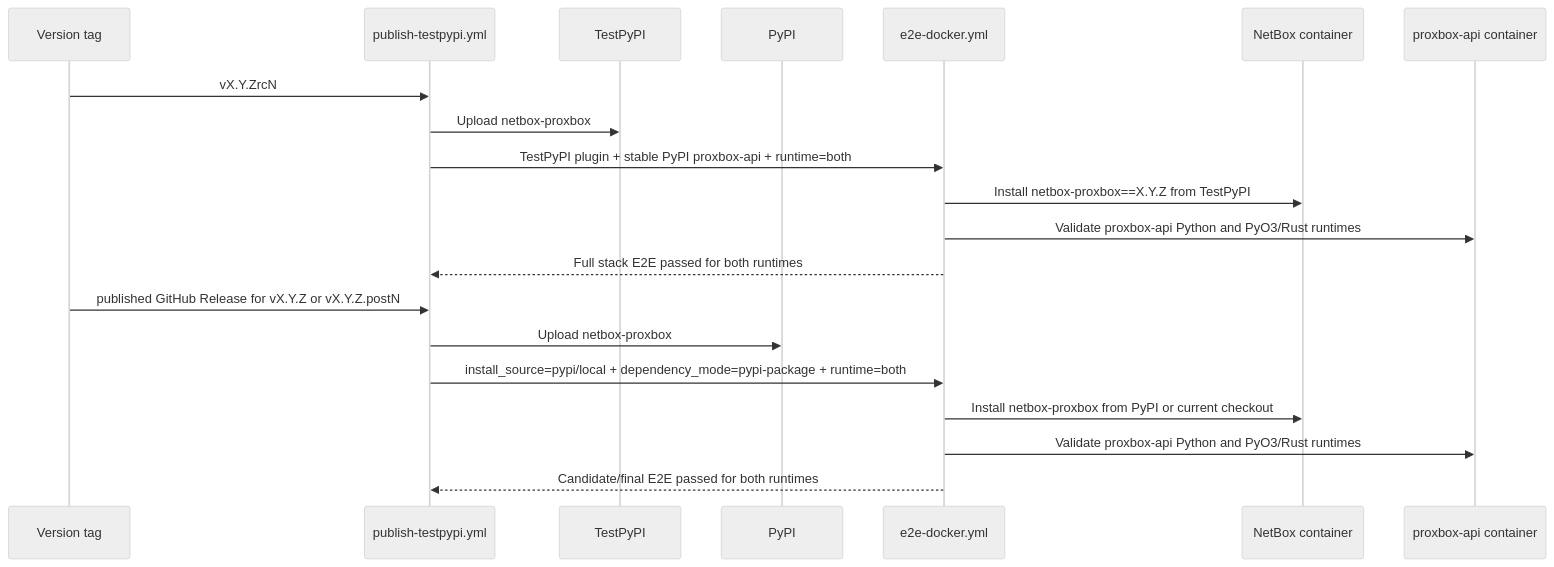
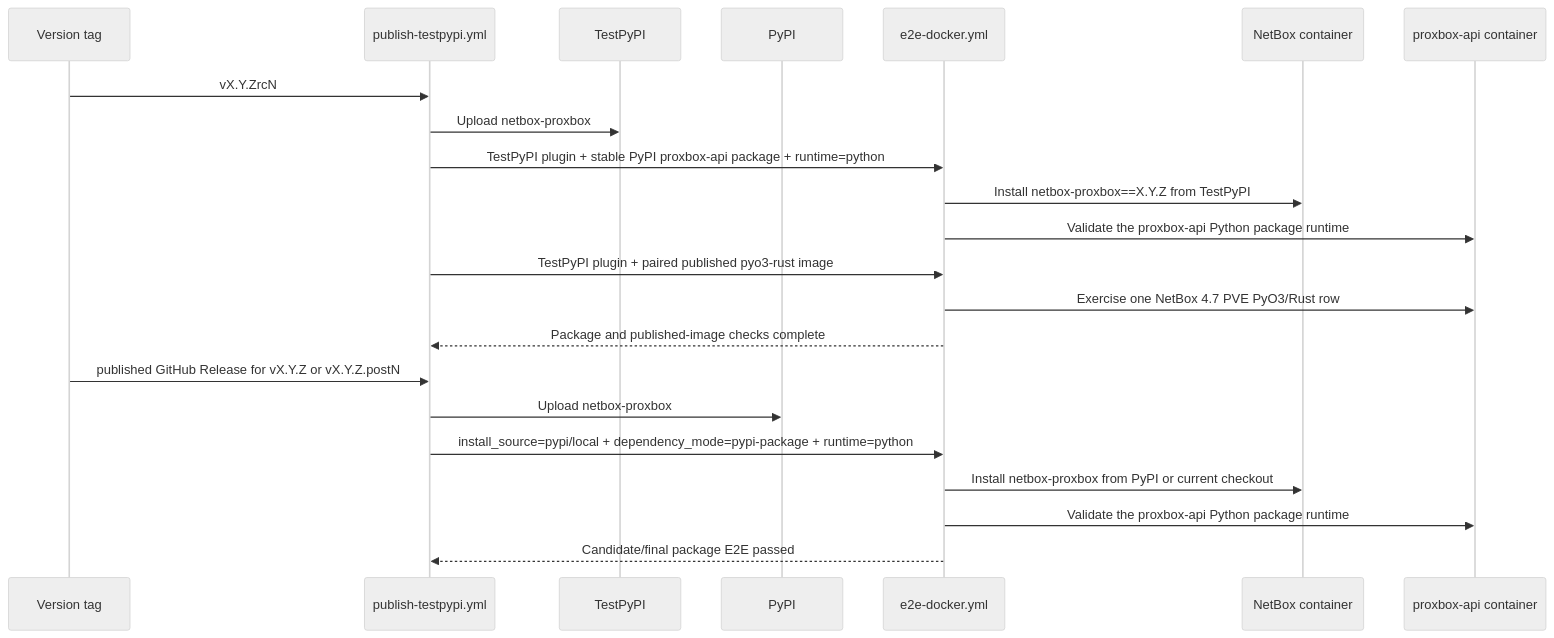
One commit to emersonfelipesp/netbox-proxbox changed the second of 2 diagrams in docs/developer/ci-e2e-workflows.md. Above: the diagram before and after it, drawn with Mermaid (neutral theme). The commit also changed other lines of this file and 23 other files, not shown here.

````diff
--- a/docs/developer/ci-e2e-workflows.md
+++ b/docs/developer/ci-e2e-workflows.md
@@ -349,24 +359,26 @@
 ```mermaid
 sequenceDiagram
     participant Tag as Version tag
     participant WF as publish-testpypi.yml
     participant TP as TestPyPI
     participant PY as PyPI
     participant E2E as e2e-docker.yml
     participant NB as NetBox container
     participant API as proxbox-api container
 
     Tag->>WF: vX.Y.ZrcN
     WF->>TP: Upload netbox-proxbox
-    WF->>E2E: TestPyPI plugin + stable PyPI proxbox-api + runtime=both
+    WF->>E2E: TestPyPI plugin + stable PyPI proxbox-api package + runtime=python
     E2E->>NB: Install netbox-proxbox==X.Y.Z from TestPyPI
-    E2E->>API: Validate proxbox-api Python and PyO3/Rust runtimes
-    E2E-->>WF: Full stack E2E passed for both runtimes
+    E2E->>API: Validate the proxbox-api Python package runtime
+    WF->>E2E: TestPyPI plugin + paired published pyo3-rust image
+    E2E->>API: Exercise one NetBox 4.7 PVE PyO3/Rust row
+    E2E-->>WF: Package and published-image checks complete
 
     Tag->>WF: published GitHub Release for vX.Y.Z or vX.Y.Z.postN
     WF->>PY: Upload netbox-proxbox
-    WF->>E2E: install_source=pypi/local + dependency_mode=pypi-package + runtime=both
+    WF->>E2E: install_source=pypi/local + dependency_mode=pypi-package + runtime=python
     E2E->>NB: Install netbox-proxbox from PyPI or current checkout
-    E2E->>API: Validate proxbox-api Python and PyO3/Rust runtimes
-    E2E-->>WF: Candidate/final E2E passed for both runtimes
+    E2E->>API: Validate the proxbox-api Python package runtime
+    E2E-->>WF: Candidate/final package E2E passed
 ```
````
